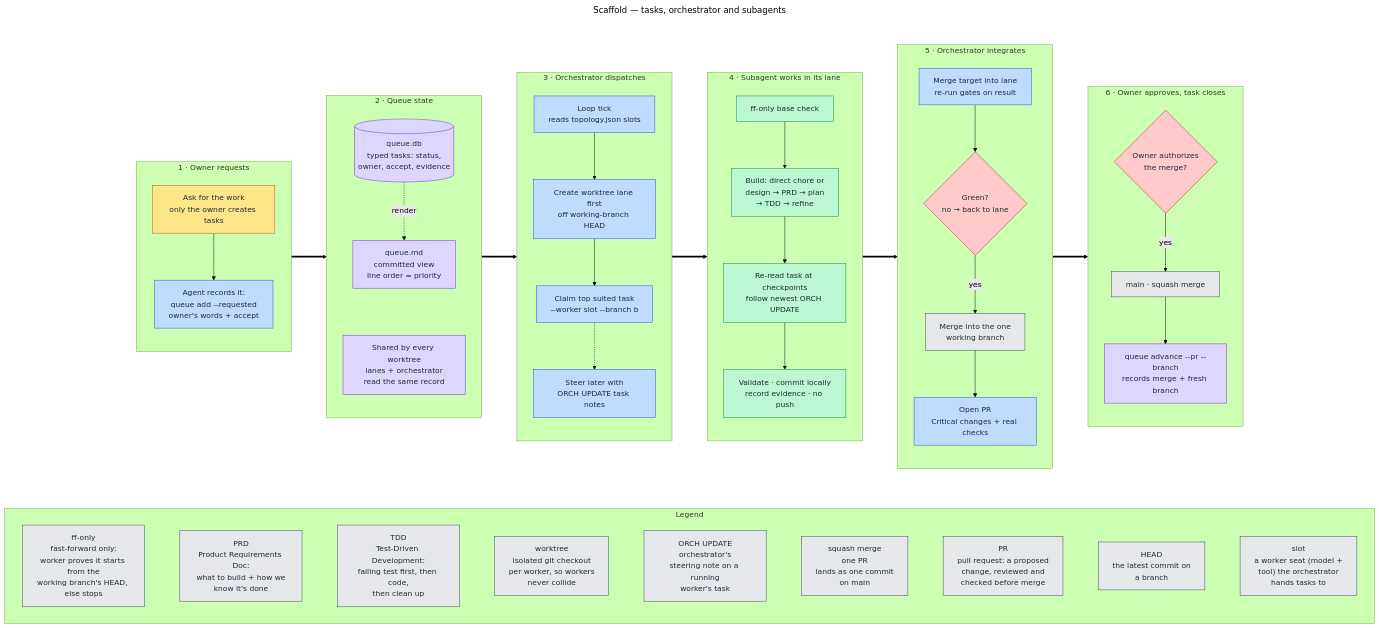
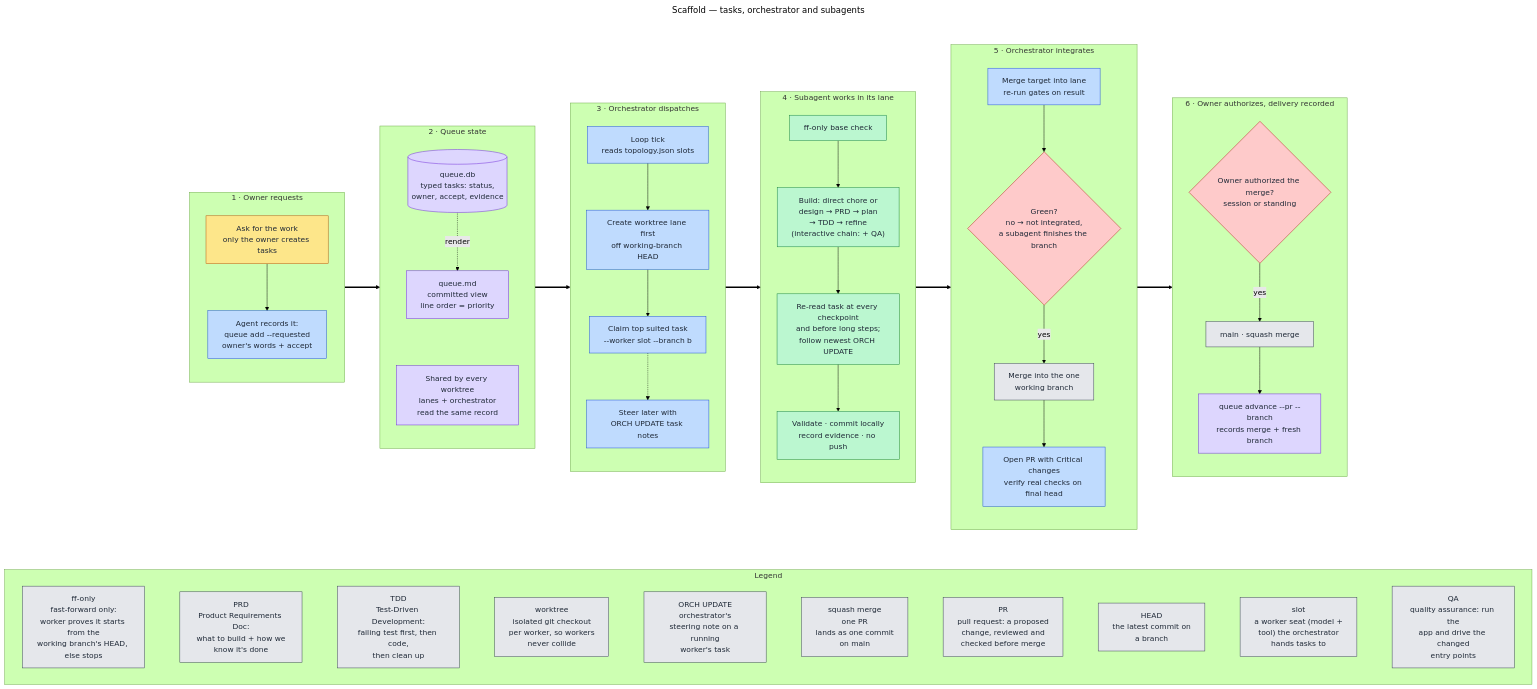
The diagram in docs/diagrams/src/orchestration.mmd (victusfate/scaffold), drawn with Mermaid (forest theme) before and after one commit. The commit also changed 87 other files, not shown here.

First line of the commit message:
docs(diagrams): make the pages say what their sources say (#203)

```diff
--- a/docs/diagrams/src/orchestration.mmd
+++ b/docs/diagrams/src/orchestration.mmd
@@ -1,88 +1,89 @@
 ---
 title: Scaffold — tasks, orchestrator and subagents
 ---
 flowchart TB
   classDef owner fill:#fde68a,stroke:#b45309,color:#1f2937
   classDef orch fill:#bfdbfe,stroke:#1d4ed8,color:#1f2937
   classDef state fill:#ddd6fe,stroke:#6d28d9,color:#1f2937
   classDef lane fill:#bbf7d0,stroke:#15803d,color:#1f2937
   classDef git fill:#e5e7eb,stroke:#374151,color:#1f2937
   classDef gate fill:#fecaca,stroke:#b91c1c,color:#1f2937
 
   %% Edges run between stage subgraphs (not inner nodes) so each stage keeps
   %% its own top-to-bottom direction and the whole image stays landscape.
 
   subgraph FLOW[" "]
   direction LR
 
   subgraph OWNER["1 · Owner requests"]
     direction TB
     O1["Ask for the work<br/>only the owner creates tasks"]:::owner
     O0["Agent records it:<br/>queue add --requested<br/>owner's words + accept"]:::orch
     O1 --> O0
   end
 
   subgraph QUEUE["2 · Queue state"]
     direction TB
     Q1[("queue.db<br/>typed tasks: status,<br/>owner, accept, evidence")]:::state
     Q2["queue.md<br/>committed view<br/>line order = priority"]:::state
     Q3["Shared by every worktree<br/>lanes + orchestrator<br/>read the same record"]:::state
     Q1 -.render.-> Q2
     Q2 ~~~ Q3
   end
 
   subgraph DISPATCH["3 · Orchestrator dispatches"]
     direction TB
     T["Loop tick<br/>reads topology.json slots"]:::orch
     C["Claim top suited task<br/>--worker slot --branch b"]:::orch
     W["Create worktree lane first<br/>off working-branch HEAD"]:::orch
     U["Steer later with<br/>ORCH UPDATE task notes"]:::orch
     T --> W --> C
     C -.-> U
   end
 
   subgraph LANE["4 · Subagent works in its lane"]
     direction TB
     S1["ff-only base check"]:::lane
-    S2["Build: direct chore or<br/>design → PRD → plan<br/>→ TDD → refine"]:::lane
-    S3["Re-read task at checkpoints<br/>follow newest ORCH UPDATE"]:::lane
+    S2["Build: direct chore or<br/>design → PRD → plan<br/>→ TDD → refine<br/>(interactive chain: + QA)"]:::lane
+    S3["Re-read task at every checkpoint<br/>and before long steps;<br/>follow newest ORCH UPDATE"]:::lane
     S4["Validate · commit locally<br/>record evidence · no push"]:::lane
     S1 --> S2 --> S3 --> S4
   end
 
   subgraph INTEGRATE["5 · Orchestrator integrates"]
     direction TB
     I["Merge target into lane<br/>re-run gates on result"]:::orch
-    G{"Green?<br/>no → back to lane"}:::gate
+    G{"Green?<br/>no → not integrated,<br/>a subagent finishes the branch"}:::gate
     B["Merge into the one<br/>working branch"]:::git
-    PR["Open PR<br/>Critical changes + real checks"]:::orch
+    PR["Open PR with Critical changes<br/>verify real checks on final head"]:::orch
     I --> G -->|yes| B --> PR
   end
 
-  subgraph SHIP["6 · Owner approves, task closes"]
+  subgraph SHIP["6 · Owner authorizes, delivery recorded"]
     direction TB
-    O2{"Owner authorizes<br/>the merge?"}:::gate
+    O2{"Owner authorized the merge?<br/>session or standing"}:::gate
     M["main · squash merge"]:::git
     A["queue advance --pr --branch<br/>records merge + fresh branch"]:::state
     O2 -->|yes| M --> A
   end
 
   OWNER ==> QUEUE ==> DISPATCH ==> LANE ==> INTEGRATE ==> SHIP
   end
   style FLOW fill:none,stroke:none
 
   subgraph LEGEND["Legend"]
     direction LR
     L1["ff-only<br/>fast-forward only:<br/>worker proves it starts from the<br/>working branch's HEAD, else stops"]:::git
     L2["PRD<br/>Product Requirements Doc:<br/>what to build + how we<br/>know it's done"]:::git
     L3["TDD<br/>Test-Driven Development:<br/>failing test first, then code,<br/>then clean up"]:::git
     L4["worktree<br/>isolated git checkout<br/>per worker, so workers<br/>never collide"]:::git
     L5["ORCH UPDATE<br/>orchestrator's<br/>steering note on a running<br/>worker's task"]:::git
     L6["squash merge<br/>one PR<br/>lands as one commit<br/>on main"]:::git
     L7["PR<br/>pull request: a proposed<br/>change, reviewed and<br/>checked before merge"]:::git
     L8["HEAD<br/>the latest commit on<br/>a branch"]:::git
     L9["slot<br/>a worker seat (model +<br/>tool) the orchestrator<br/>hands tasks to"]:::git
-    L1 ~~~ L2 ~~~ L3 ~~~ L4 ~~~ L5 ~~~ L6 ~~~ L7 ~~~ L8 ~~~ L9
+    L10["QA<br/>quality assurance: run the<br/>app and drive the changed<br/>entry points"]:::git
+    L1 ~~~ L2 ~~~ L3 ~~~ L4 ~~~ L5 ~~~ L6 ~~~ L7 ~~~ L8 ~~~ L9 ~~~ L10
   end
 
   FLOW ~~~ LEGEND
```
